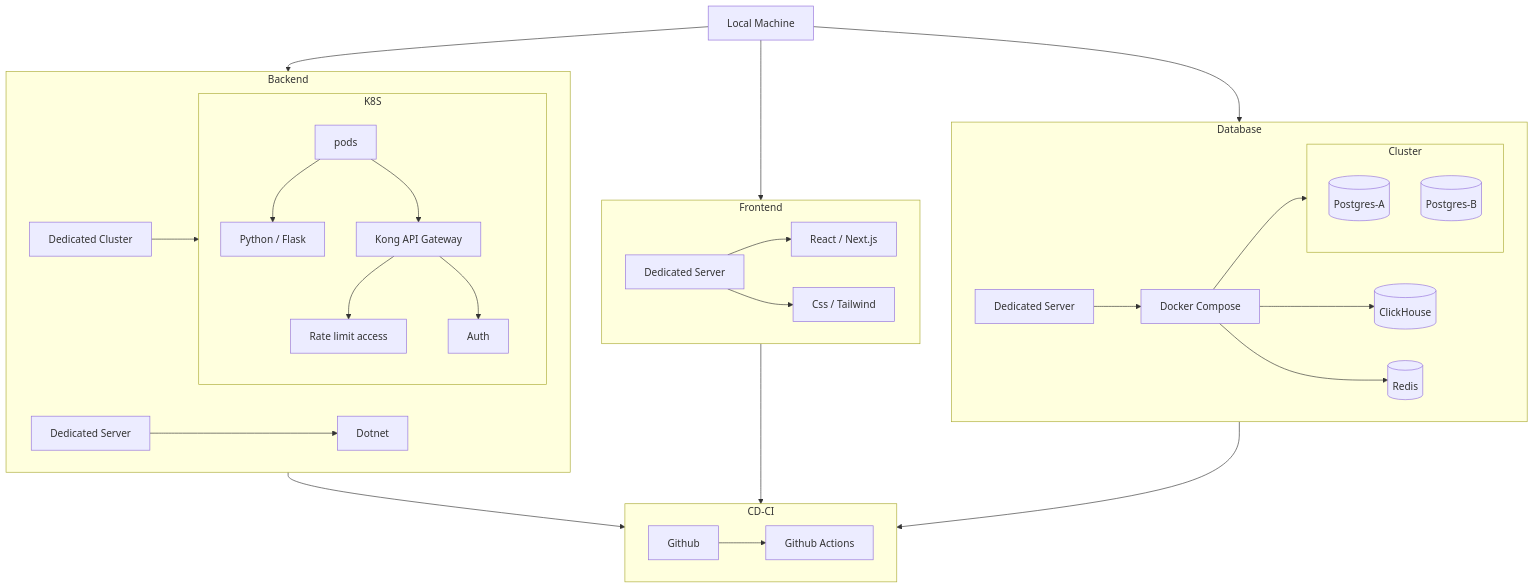
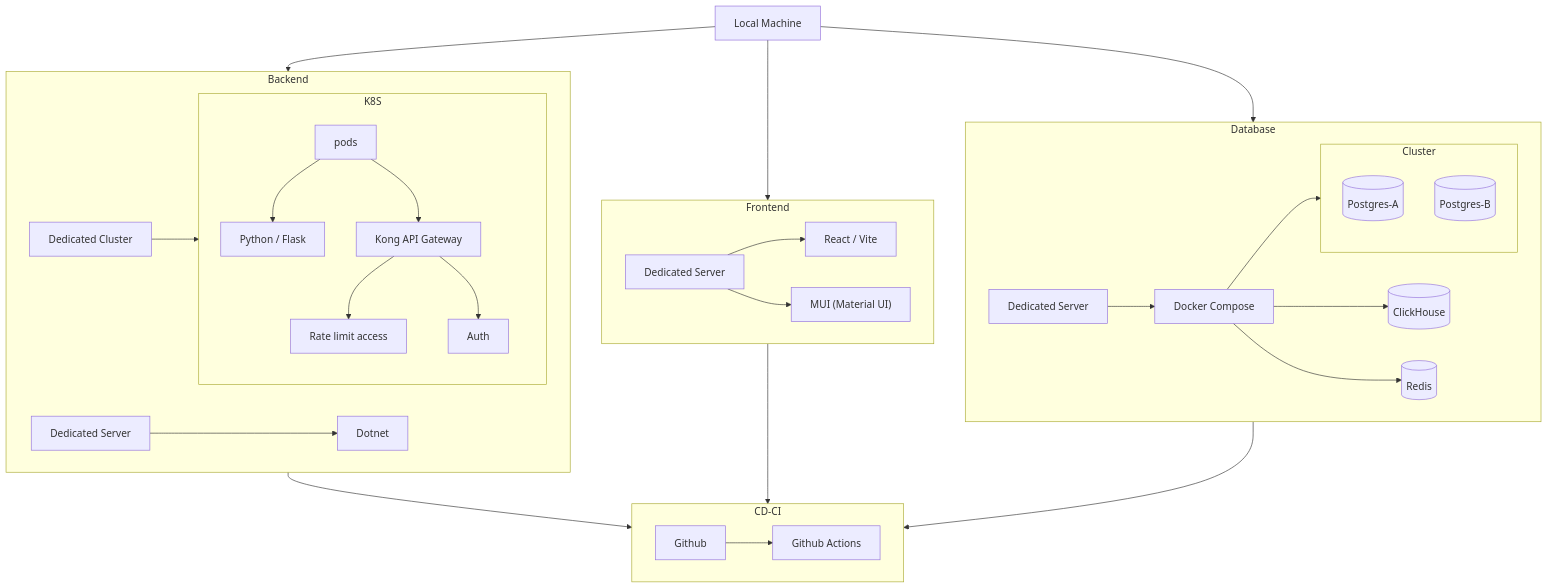
Before and after one commit to pedrovtof/Nievo-easy-fin: the second of 2 diagrams in README.MD, drawn with Mermaid. The commit also changed other lines of this file and 2 other files, not shown here.

First line of the commit message:
docs: update frontend framework references from Next.js+Tailwind to Vite+MUI

````diff
--- a/README.MD
+++ b/README.MD
@@ -161,53 +161,53 @@
 ```mermaid
 flowchart TD
 
  local["Local Machine"]
 
  subgraph Frontend["Frontend"]
-        next["React / Next.js"]
-        tailWind["Css / Tailwind"]
-        vmF["Dedicated Server"] --> next
-        vmF --> tailWind
+        vite["React / Vite"]
+        mui["MUI (Material UI)"]
+        vmF["Dedicated Server"] --> vite
+        vmF --> mui
   end
  subgraph Cicd["CD-CI"]
         git["Github"]
         gitA["Github Actions"]
         git --> gitA
   end
  subgraph K8S["K8S"]
         pods
         pods --> py["Python / Flask"]
         pods --> kong["Kong API Gateway"]
         kong --> rateLimit["Rate limit access"]
         kong --> auth["Auth"]
   end
  subgraph Backend["Backend"]
         vmB["Dedicated Server"] --> Dotnet["Dotnet"]
         cluster["Dedicated Cluster"] --> K8S
   end
 
  subgraph Database["Database"]
     subgraph Cluster["Cluster"]
         dbCore[("Postgres-A")]
         dbCoreRR[("Postgres-B")]
     end
 
   dbData[(ClickHouse)]
   dbMemory[(Redis)]
 
   docker["Docker Compose"] --> Cluster
   docker --> dbData
   docker --> dbMemory
 
   vmC["Dedicated Server"] --> docker
   
  end
 
 local --> Backend
 local --> Frontend
 local --> Database
 
 Backend --> Cicd
 Frontend --> Cicd
 Database --> Cicd
 ```
````
